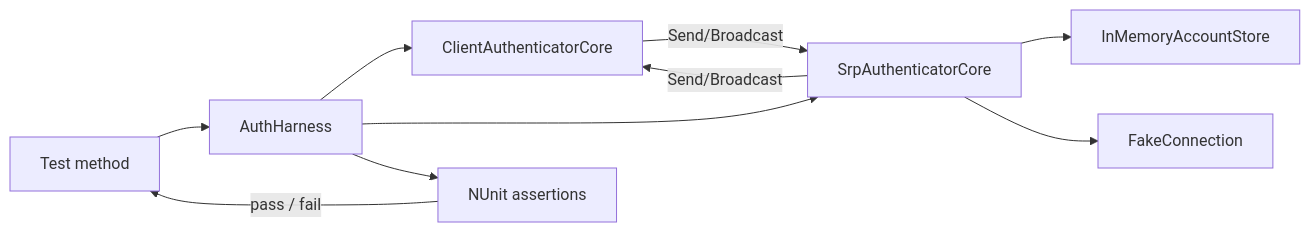
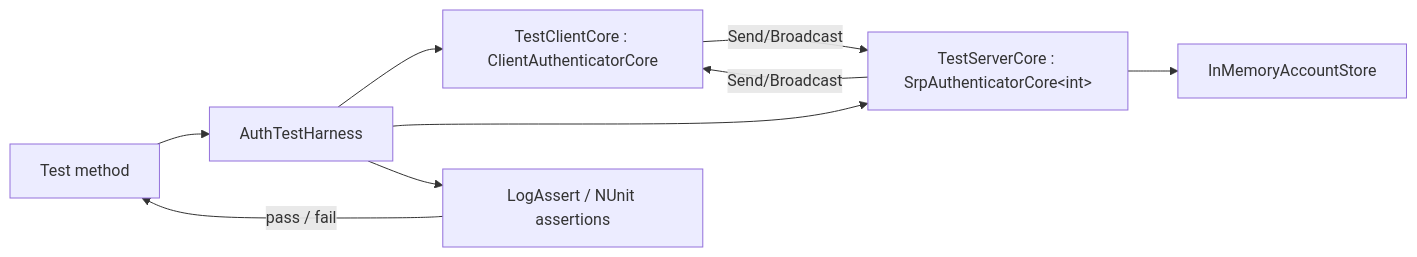
Before and after one commit to jimdroberts/FishMMO: the diagram in FishMMO-Unity/Assets/UnitTests/README.md, drawn with Mermaid. The commit also changed other lines of this file and 33 other files, not shown here.

````diff
--- a/FishMMO-Unity/Assets/UnitTests/README.md
+++ b/FishMMO-Unity/Assets/UnitTests/README.md
@@ -318,12 +331,11 @@
 ```mermaid
 flowchart LR
-    Test[Test method] --> Harness[AuthHarness]
-    Harness --> Client[ClientAuthenticatorCore]
-    Harness --> Server[SrpAuthenticatorCore]
+    Test[Test method] --> Harness[AuthTestHarness]
+    Harness --> Client[TestClientCore : ClientAuthenticatorCore]
+    Harness --> Server[TestServerCore : SrpAuthenticatorCore&lt;int&gt;]
     Server --> Store[InMemoryAccountStore]
     Client -- Send/Broadcast --> Server
     Server -- Send/Broadcast --> Client
-    Server --> Conn[FakeConnection]
-    Harness --> Assertions[NUnit assertions]
+    Harness --> Assertions[LogAssert / NUnit assertions]
     Assertions -->|pass / fail| Test
 ```
````
